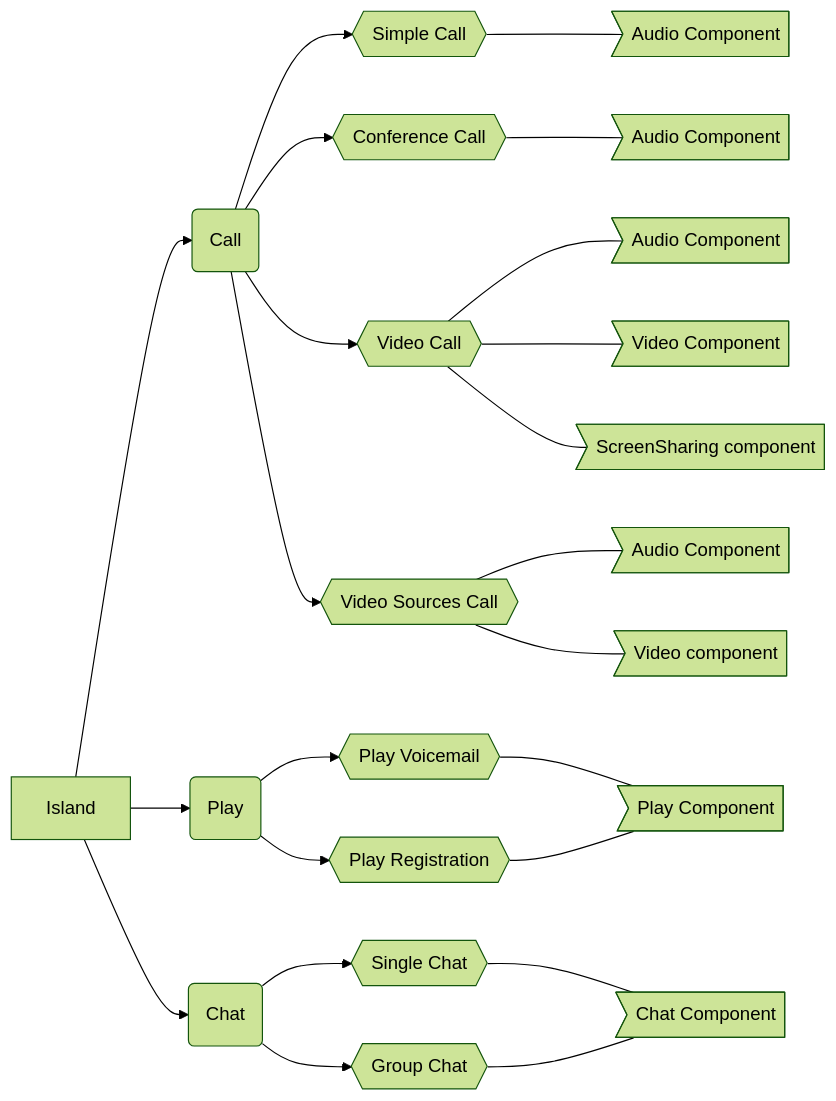
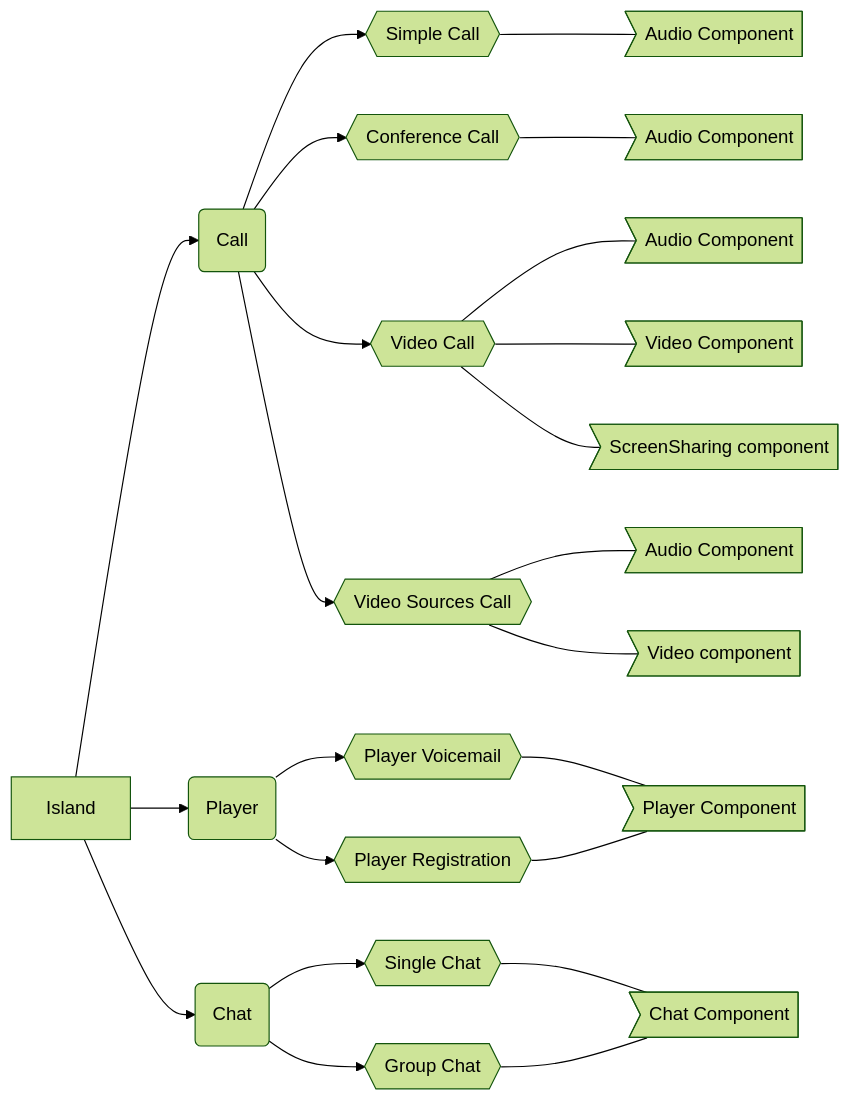
The diagram in README.md (nethesis/phone-island), drawn with Mermaid (forest theme) before and after one commit.

Commit message:
README. update play component

````diff
--- a/README.md
+++ b/README.md
@@ -13,24 +13,24 @@
 ```mermaid
 flowchart LR
     Views[Island] --> Call(Call)
-    Views[Island] --> Play(Play)
+    Views[Island] --> Play(Player)
     Views[Island] --> Chat(Chat)
 
     Call --> CC{{Simple Call}} --- 1CAComp>Audio Component]
     Call --> CCC{{Conference Call}} --- 2CAComp>Audio Component]
 
     Call --> CVC{{Video Call}}
     CVC{{Video Call}} --- 3CAComp>Audio Component]
     CVC{{Video Call}} --- 3CVComp>Video Component]
     CVC{{Video Call}} --- 5CVComp>ScreenSharing component]
 
     Call --> CVS{{Video Sources Call}}
     CVS{{Video Sources Call}} --- 4CAComp>Audio Component]
     CVS{{Video Sources Call}} --- 4CVComp>Video component]
 
-    Play --> PA{{Play Voicemail}} --- 6PComp>Play Component]
-    Play --> PR{{Play Registration}} --- 6PComp>Play Component]
+    Play --> PA{{Player Voicemail}} --- 6PComp>Player Component]
+    Play --> PR{{Player Registration}} --- 6PComp>Player Component]
 
     Chat --> CS{{Single Chat}} --- 7CComp>Chat Component]
     Chat --> CG{{Group Chat}} --- 7CComp>Chat Component]
 ```
````
